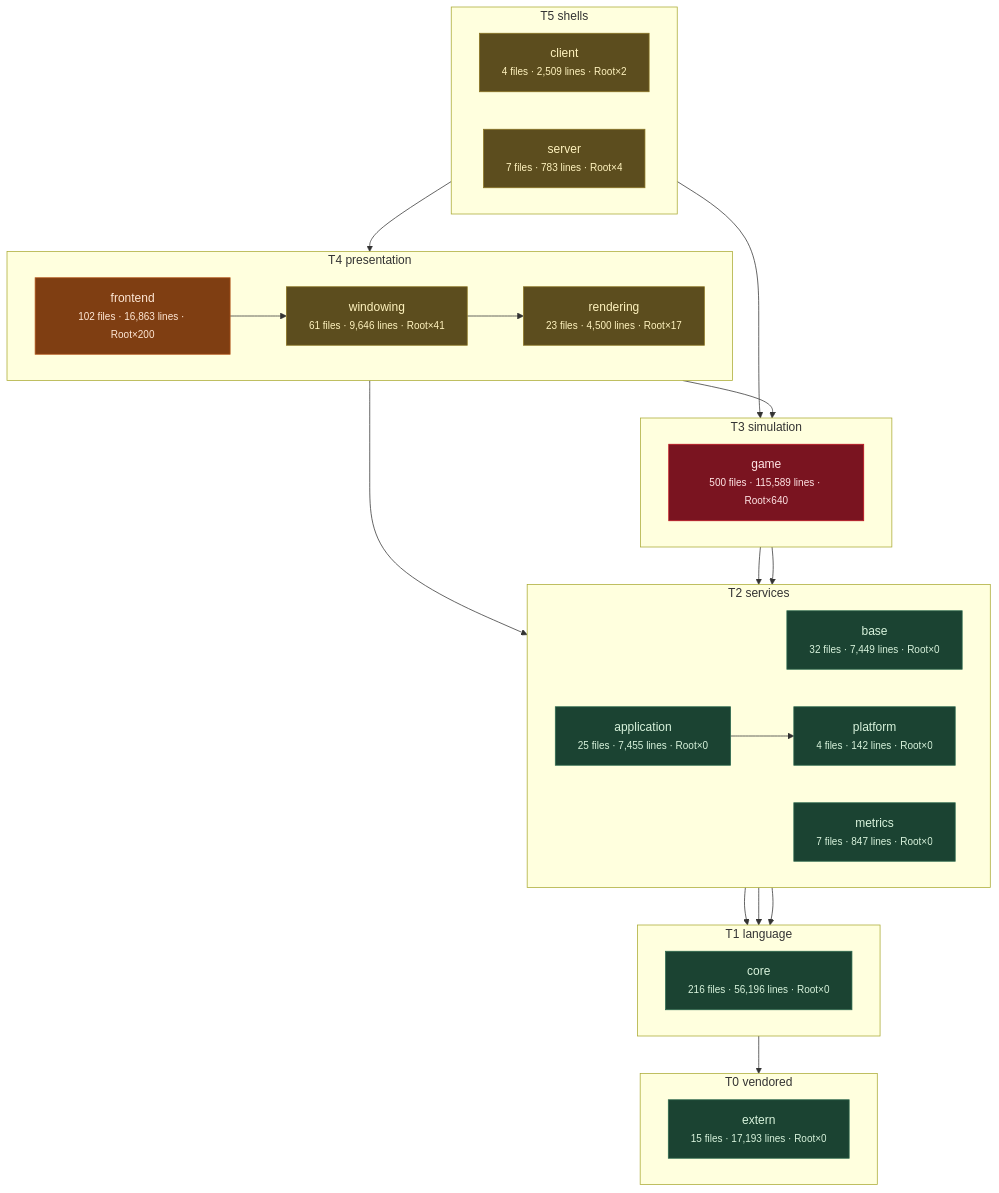
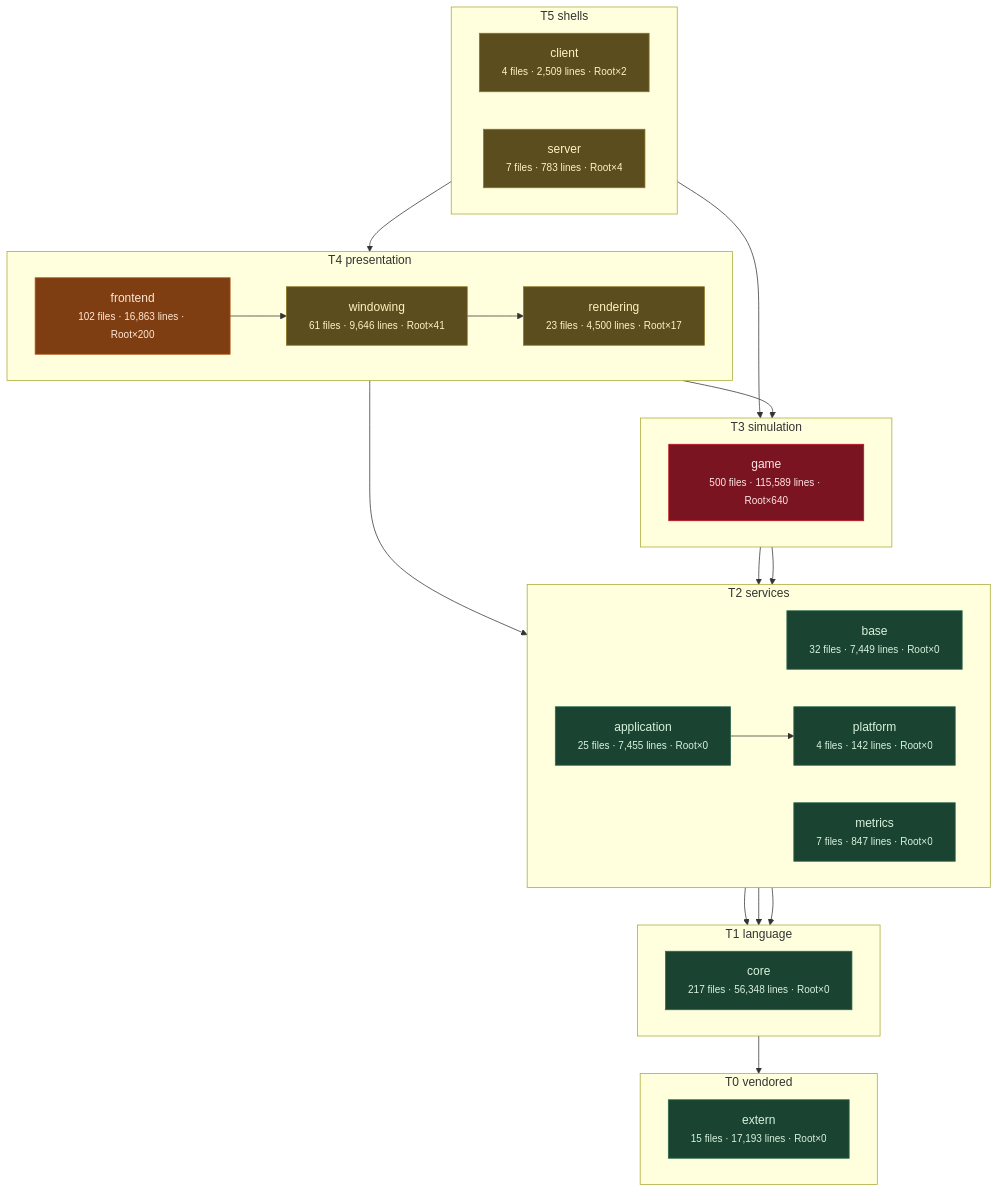
The third of 11 diagrams in docs/architecture/system-boundaries.md (apnex/OpenStarbound), drawn with Mermaid before and after one commit. The commit also changed other lines of this file and 11 other files, not shown here.

````diff
--- a/docs/architecture/system-boundaries.md
+++ b/docs/architecture/system-boundaries.md
@@ -271,54 +271,54 @@
 ```mermaid
 flowchart TD
   subgraph T0["T0 vendored"]
     direction LR
     extern["extern<br/><small>15 files · 17,193 lines · Root×0</small>"]
   end
   subgraph T1["T1 language"]
     direction LR
-    core["core<br/><small>216 files · 56,196 lines · Root×0</small>"]
+    core["core<br/><small>217 files · 56,348 lines · Root×0</small>"]
   end
   subgraph T2["T2 services"]
     direction LR
     base["base<br/><small>32 files · 7,449 lines · Root×0</small>"]
     metrics["metrics<br/><small>7 files · 847 lines · Root×0</small>"]
     platform["platform<br/><small>4 files · 142 lines · Root×0</small>"]
     application["application<br/><small>25 files · 7,455 lines · Root×0</small>"]
   end
   subgraph T3["T3 simulation"]
     direction LR
     game["game<br/><small>500 files · 115,589 lines · Root×640</small>"]
   end
   subgraph T4["T4 presentation"]
     direction LR
     rendering["rendering<br/><small>23 files · 4,500 lines · Root×17</small>"]
     windowing["windowing<br/><small>61 files · 9,646 lines · Root×41</small>"]
     frontend["frontend<br/><small>102 files · 16,863 lines · Root×200</small>"]
   end
   subgraph T5["T5 shells"]
     direction LR
     client["client<br/><small>4 files · 2,509 lines · Root×2</small>"]
     server["server<br/><small>7 files · 783 lines · Root×4</small>"]
   end
   core --> extern
   base --> core
   metrics --> core
   platform --> core
   application --> platform
   game --> base
   game --> platform
   rendering --> application
   rendering --> game
   windowing --> rendering
   frontend --> windowing
   client --> frontend
   server --> game
   classDef clean fill:#1b4332,stroke:#2d6a4f,color:#d8f3dc
   classDef warm  fill:#5c4d1e,stroke:#8a7420,color:#fff3bf
   classDef hot   fill:#7f3e12,stroke:#b5561b,color:#ffe8d6
   classDef blaze fill:#7a1420,stroke:#c1121f,color:#ffe5e5
   class extern,core,base,metrics,platform,application clean
   class rendering,windowing,client,server warm
   class frontend hot
   class game blaze
 ```
````
